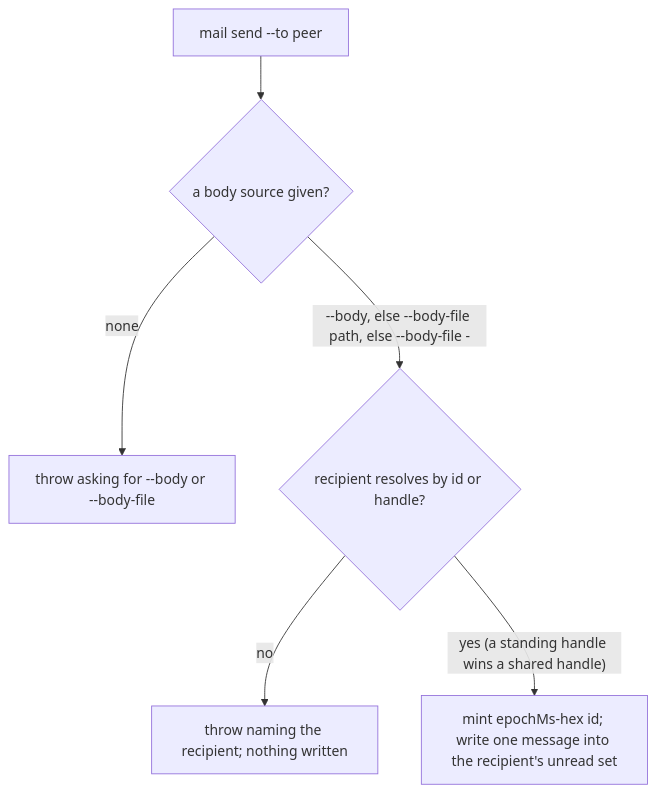
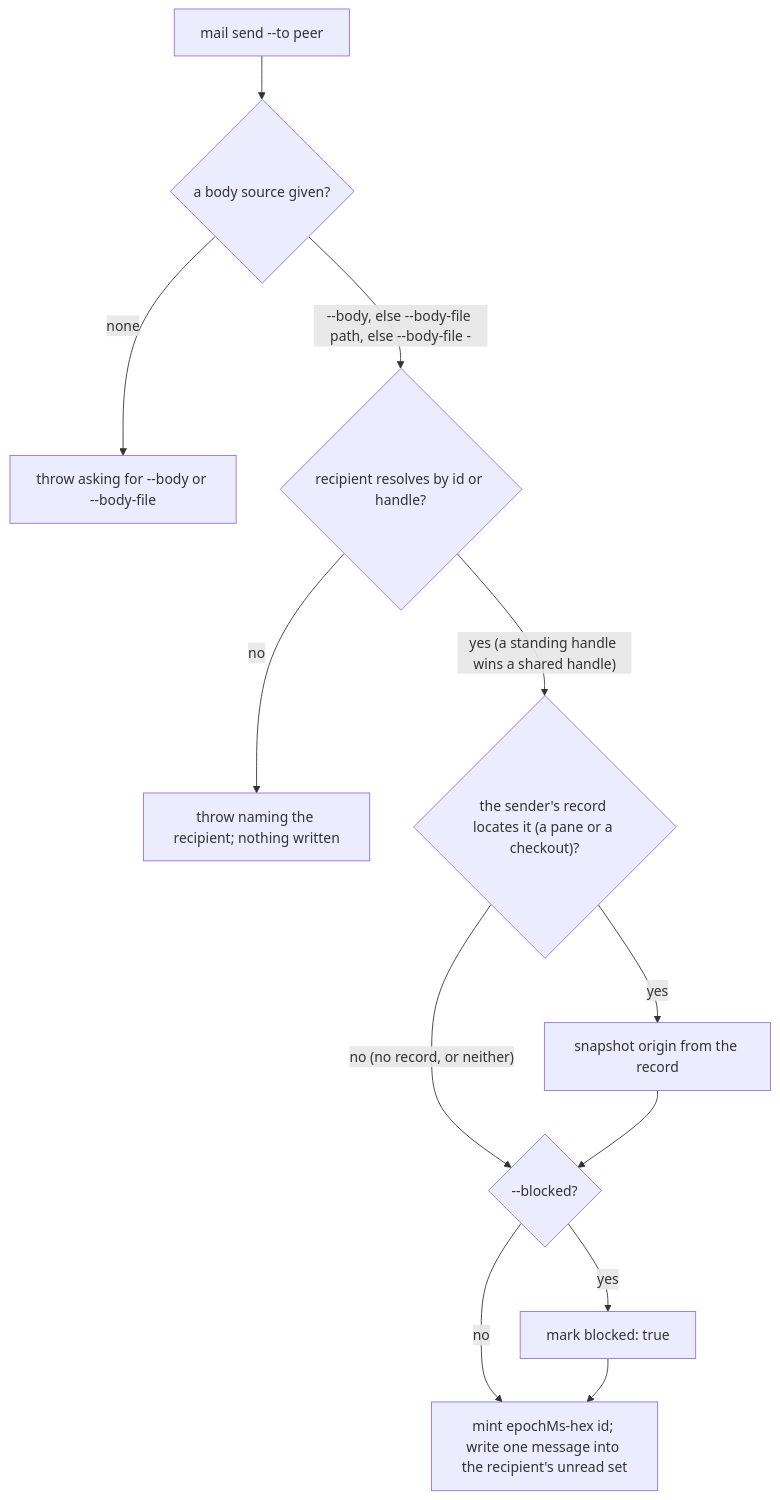
One commit to cyberuni/cyberlegion changed the second of 6 diagrams in packages/cyberlegion/.agents/spec/mail/core/README.md. Above: the diagram before and after it, drawn with Mermaid. The commit also changed other lines of this file and 13 other files, not shown here.

First line of the commit message:
feat: record the mail sender's origin and mark blocked senders

````diff
--- a/packages/cyberlegion/.agents/spec/mail/core/README.md
+++ b/packages/cyberlegion/.agents/spec/mail/core/README.md
@@ -234,8 +248,14 @@
 ```mermaid
 graph TD
   SD0["mail send --to peer"] --> SD1{"a body source given?"}
   SD1 -- none --> SD1X["throw asking for --body or --body-file"]
   SD1 -- "--body, else --body-file path, else --body-file -" --> SD3{"recipient resolves by id or handle?"}
   SD3 -- no --> SD3X["throw naming the recipient; nothing written"]
-  SD3 -- "yes (a standing handle wins a shared handle)" --> SD4["mint epochMs-hex id; write one message into the recipient's unread set"]
+  SD3 -- "yes (a standing handle wins a shared handle)" --> SD5{"the sender's record locates it (a pane or a checkout)?"}
+  SD5 -- yes --> SD5Y["snapshot origin from the record"]
+  SD5 -- "no (no record, or neither)" --> SD6
+  SD5Y --> SD6{"--blocked?"}
+  SD6 -- yes --> SD6Y["mark blocked: true"]
+  SD6 -- no --> SD4
+  SD6Y --> SD4["mint epochMs-hex id; write one message into the recipient's unread set"]
 ```
````
